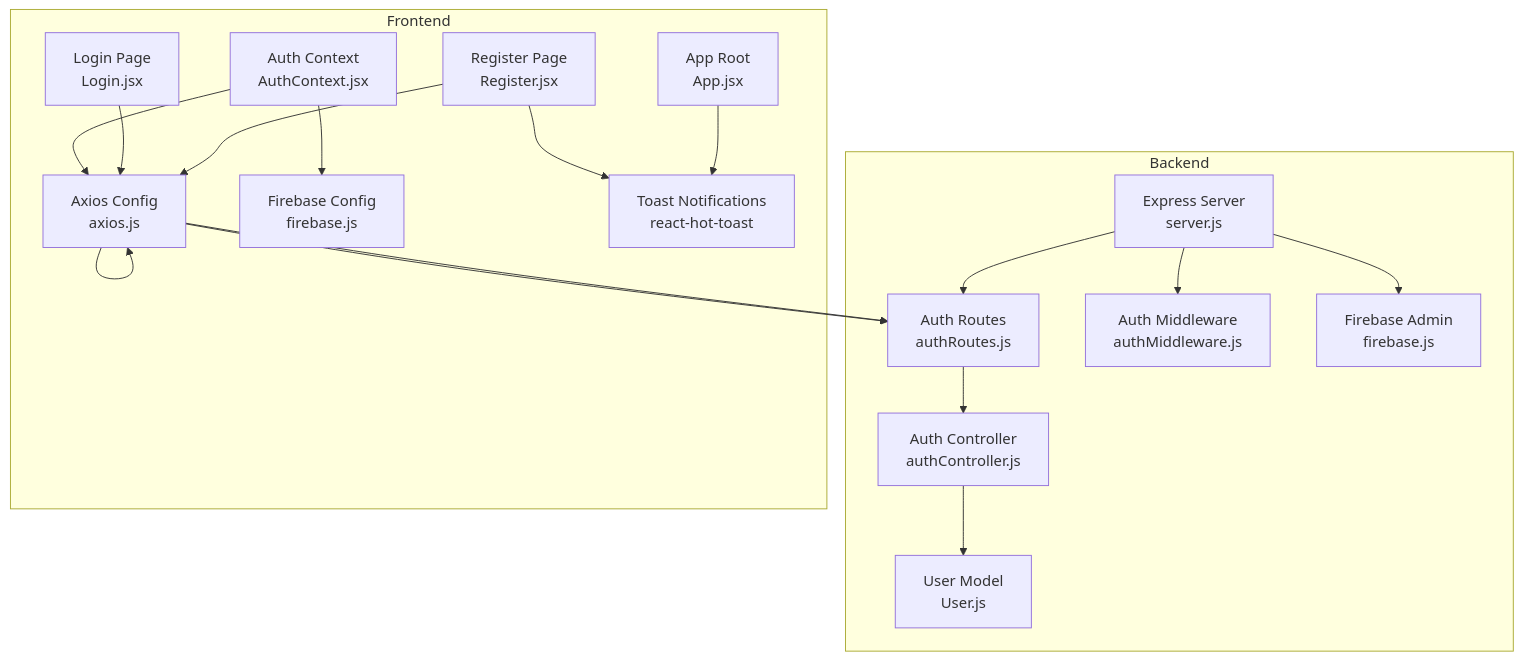
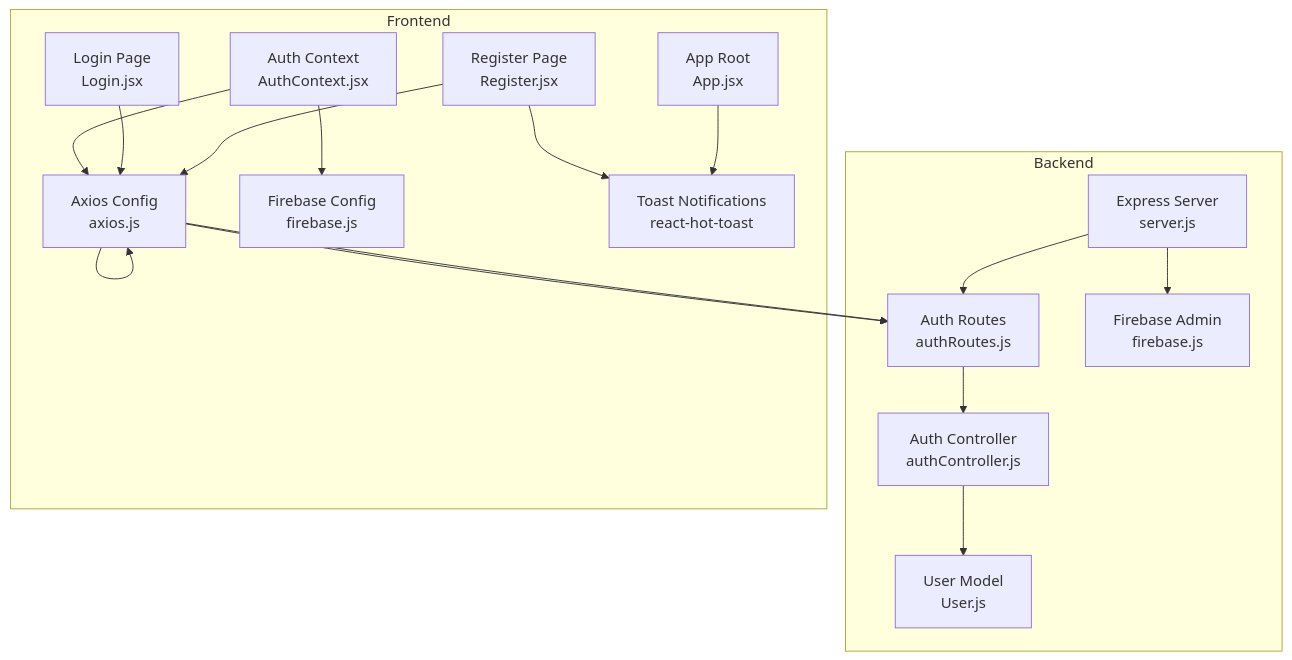
Before and after one commit to Pavan-PSPK9032/TrendsandToss: the first of 7 diagrams in .qoder/repowiki/en/content/Authentication & Authorization/Login & Registration Process.md, drawn with Mermaid. The commit also changed other lines of this file and 6 other files, not shown here.

````diff
--- a/.qoder/repowiki/en/content/Authentication & Authorization/Login & Registration Process.md
+++ b/.qoder/repowiki/en/content/Authentication & Authorization/Login & Registration Process.md
@@ -49,30 +49,28 @@
 ```mermaid
 graph TB
 subgraph "Backend"
 S["Express Server<br/>server.js"]
 R["Auth Routes<br/>authRoutes.js"]
 C["Auth Controller<br/>authController.js"]
 M["User Model<br/>User.js"]
-MW["Auth Middleware<br/>authMiddleware.js"]
 FBC["Firebase Admin<br/>firebase.js"]
 end
 subgraph "Frontend"
 AX["Axios Config<br/>axios.js"]
 REG["Register Page<br/>Register.jsx"]
 LOG["Login Page<br/>Login.jsx"]
 CTX["Auth Context<br/>AuthContext.jsx"]
 FIRE["Firebase Config<br/>firebase.js"]
 APP["App Root<br/>App.jsx"]
 TOAST["Toast Notifications<br/>react-hot-toast"]
 end
 S --> R --> C --> M
-S --> MW
 S --> FBC
 REG --> AX --> R
 LOG --> AX --> R
 AX --> AX
 CTX --> AX
 CTX --> FIRE
 APP --> TOAST
 REG --> TOAST
 ```
````
